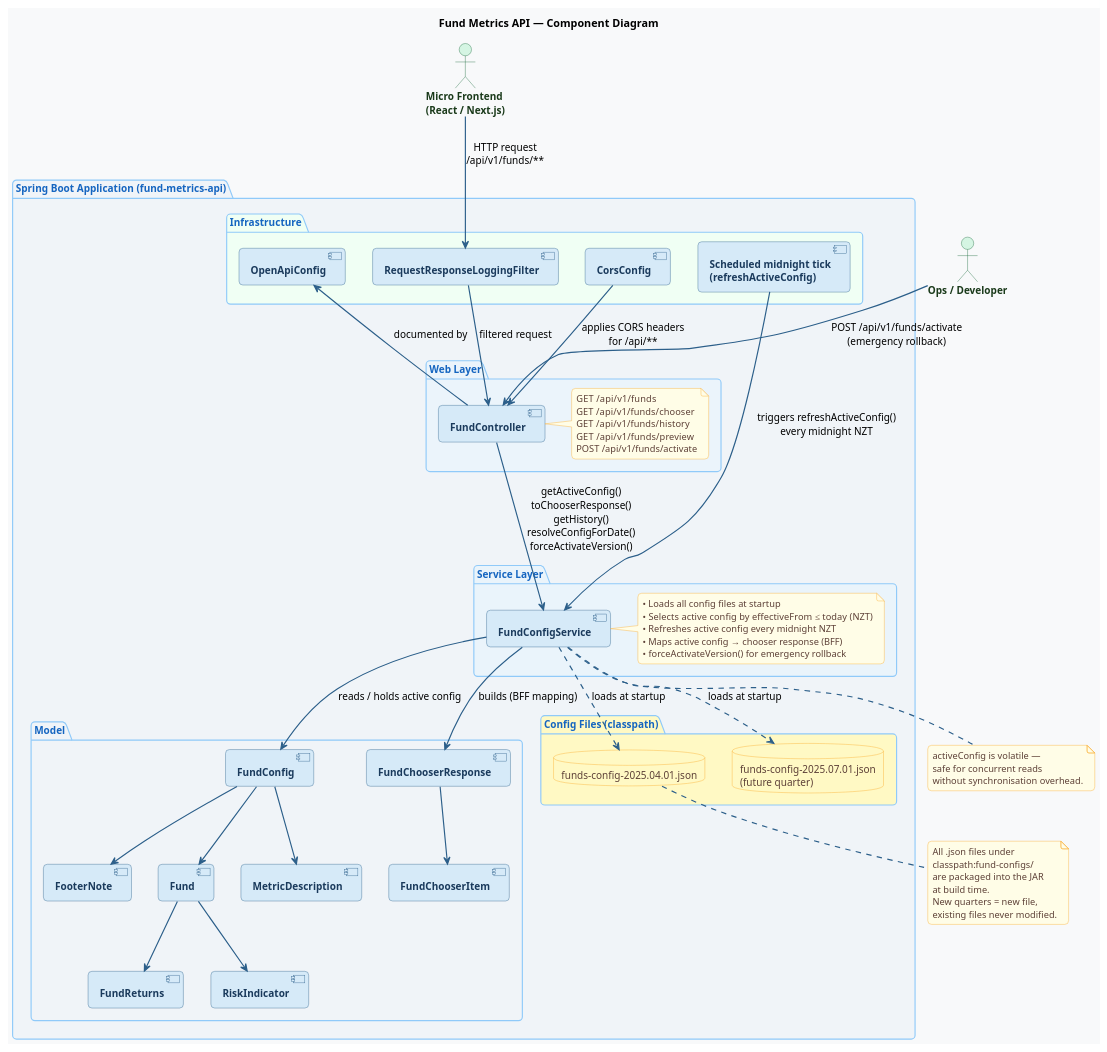
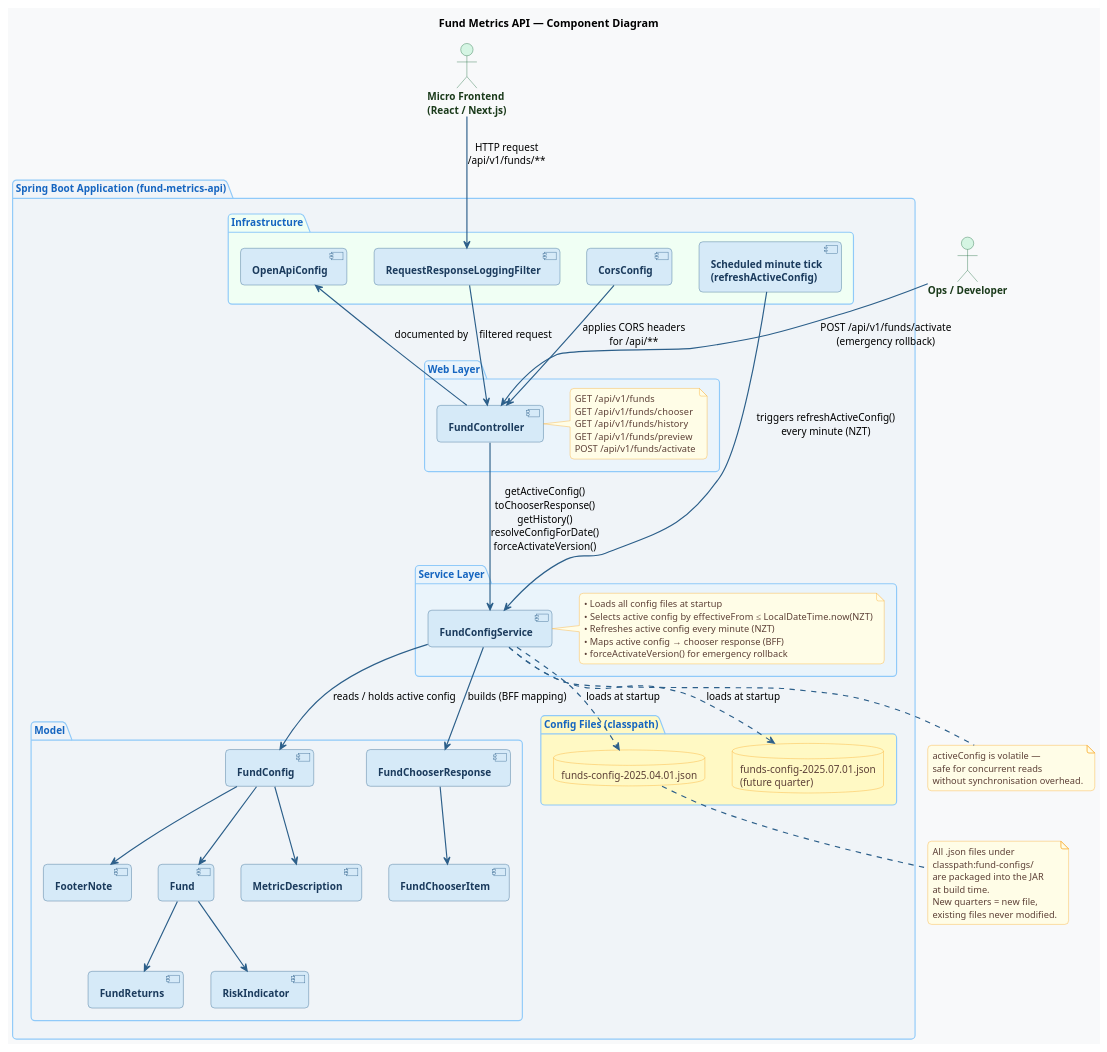
Before and after one commit to senthilknz/fund-metrics-api: the diagram in docs/component-diagram.puml, drawn with PlantUML.

Commit message:
docs: update component-diagram — scheduler fires every minute not midnight

```diff
--- a/docs/component-diagram.puml
+++ b/docs/component-diagram.puml
@@ -1,144 +1,144 @@
 @startuml component-diagram
 title Fund Metrics API — Component Diagram
 
 skinparam backgroundColor #F8F9FA
 skinparam defaultFontName Arial
 skinparam defaultFontSize 13
 skinparam roundcorner 10
 skinparam shadowing false
 skinparam ArrowThickness 1.5
 skinparam ArrowColor #2C5F8A
 
 skinparam component {
   BackgroundColor #D6EAF8
   BorderColor     #2C5F8A
   FontColor       #1A3A5C
   FontStyle       Bold
 }
 
 skinparam database {
   BackgroundColor #FFF9C4
   BorderColor     #F9A825
   FontColor       #5D4037
 }
 
 skinparam package {
   BackgroundColor #F0F4F8
   BorderColor     #90CAF9
   FontColor       #1565C0
   FontStyle       Bold
 }
 
 skinparam note {
   BackgroundColor #FFFDE7
   BorderColor     #F9A825
   FontColor       #5D4037
   FontSize        12
 }
 
 skinparam actor {
   BackgroundColor #D5F5E3
   BorderColor     #1A6B3A
   FontColor       #1A3A1A
   FontStyle       Bold
 }
 
 ' ─────────────────────────────────────────────
 '  External actors
 ' ─────────────────────────────────────────────
 actor "Micro Frontend\n(React / Next.js)" as MFE
 actor "Ops / Developer"                   as OPS
 
 ' ─────────────────────────────────────────────
 '  Spring Boot Application
 ' ─────────────────────────────────────────────
 package "Spring Boot Application (fund-metrics-api)" {
 
   package "Web Layer" #EBF4FB {
     [FundController] as CTRL
     note right of CTRL
       GET  /api/v1/funds
       GET  /api/v1/funds/chooser
       GET  /api/v1/funds/history
       GET  /api/v1/funds/preview
       POST /api/v1/funds/activate
     end note
   }
 
   package "Service Layer" #EAF4FB {
     [FundConfigService] as SVC
 
     note right of SVC
       • Loads all config files at startup
-      • Selects active config by effectiveFrom ≤ today (NZT)
-      • Refreshes active config every midnight NZT
+      • Selects active config by effectiveFrom ≤ LocalDateTime.now(NZT)
+      • Refreshes active config every minute (NZT)
       • Maps active config → chooser response (BFF)
       • forceActivateVersion() for emergency rollback
     end note
   }
 
   package "Model" #F0F4F8 {
     [FundConfig]         as FCONFIG
     [Fund]               as FUND
     [FundReturns]        as FRETURNS
     [RiskIndicator]      as RISK
     [MetricDescription]  as MD
     [FooterNote]         as FN
     [FundChooserResponse] as CHOOSER
     [FundChooserItem]    as CITEM
   }
 
   package "Config Files (classpath)" #FFF9C4 {
     database "funds-config-2025.04.01.json" as CFG1
     database "funds-config-2025.07.01.json\n(future quarter)" as CFG2
   }
 
   package "Infrastructure" #F0FFF4 {
     [RequestResponseLoggingFilter] as LOG
     [CorsConfig]                   as CORS
     [OpenApiConfig]                as OAS
-    [Scheduled midnight tick\n(refreshActiveConfig)] as SCHED
+    [Scheduled minute tick\n(refreshActiveConfig)] as SCHED
   }
 }
 
 ' ─────────────────────────────────────────────
 '  Relationships
 ' ─────────────────────────────────────────────
 
 MFE  -->  LOG    : HTTP request\n/api/v1/funds/**
 LOG  -->  CTRL   : filtered request
 CTRL -->  SVC    : getActiveConfig()\ntoChooserResponse()\ngetHistory()\nresolveConfigForDate()\nforceActivateVersion()
 SVC  -->  FCONFIG : reads / holds active config
 SVC  -->  CHOOSER : builds (BFF mapping)
 FCONFIG --> FUND
 FUND --> FRETURNS
 FUND --> RISK
 FCONFIG --> MD
 FCONFIG --> FN
 CHOOSER --> CITEM
 
 SVC  ..>  CFG1   : loads at startup
 SVC  ..>  CFG2   : loads at startup
-SCHED --> SVC    : triggers refreshActiveConfig()\nevery midnight NZT
+SCHED --> SVC    : triggers refreshActiveConfig()\nevery minute (NZT)
 
 OPS  -->  CTRL   : POST /api/v1/funds/activate\n(emergency rollback)
 
 CTRL --> OAS : documented by
 CORS --> CTRL : applies CORS headers\nfor /api/**
 
 note bottom of CFG1
   All .json files under
   classpath:fund-configs/
   are packaged into the JAR
   at build time.
   New quarters = new file,
   existing files never modified.
 end note
 
 note bottom of SVC
   activeConfig is volatile —
   safe for concurrent reads
   without synchronisation overhead.
 end note
 
 @enduml
```
